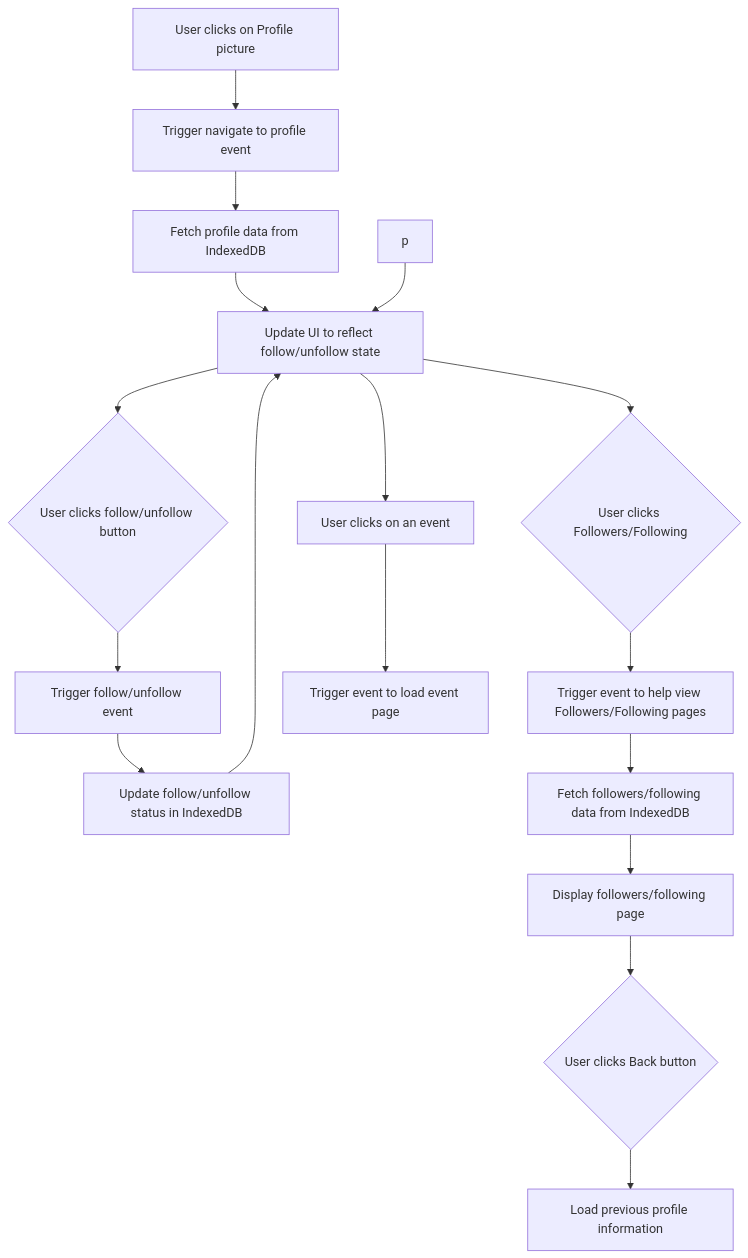
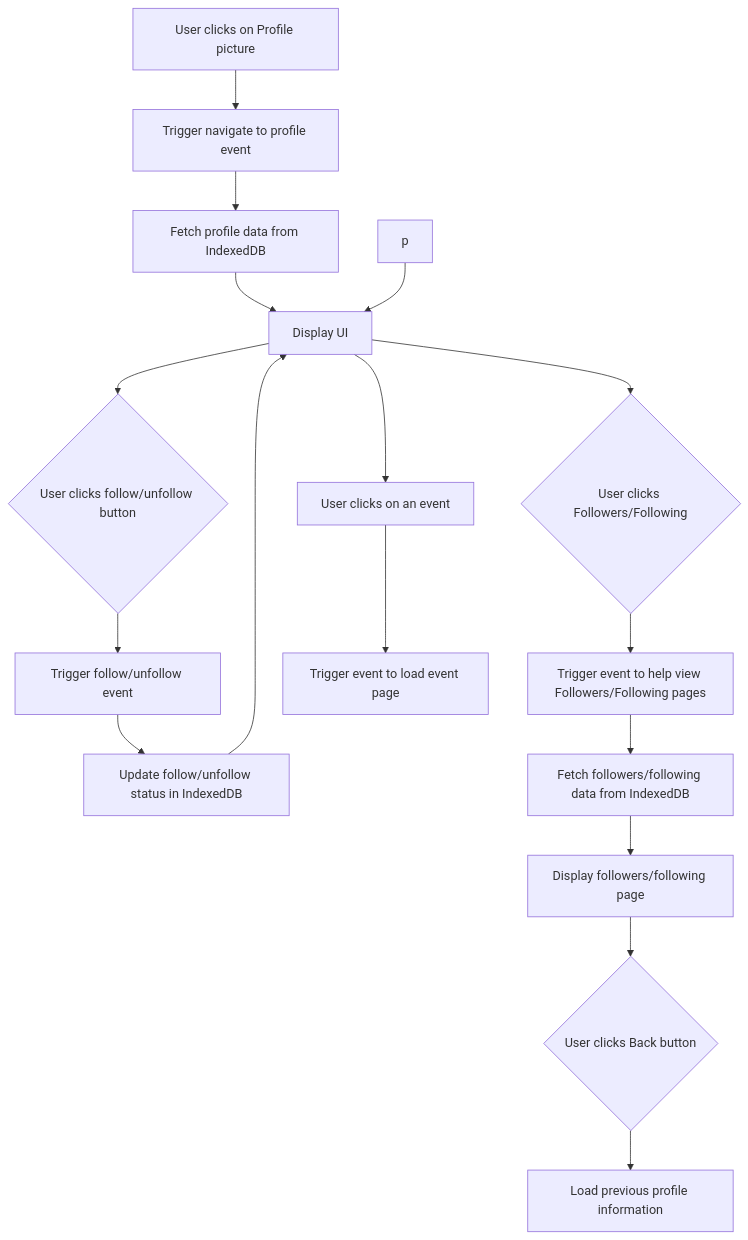
The diagram in team/m3/erika-lam-f/feature-sequence-diagram.md (sophiatangg/CS326Team26), drawn with Mermaid before and after one commit.

````diff
--- a/team/m3/erika-lam-f/feature-sequence-diagram.md
+++ b/team/m3/erika-lam-f/feature-sequence-diagram.md
@@ -3,22 +3,22 @@
 ```mermaid
 flowchart TD
     A[User clicks on Profile picture] --> B[Trigger navigate to profile event];
     B --> C[Fetch profile data from IndexedDB];
     C --> D[Update UI with profile information];
 
     D --> E{User clicks follow/unfollow button};
     E --> F[Trigger follow/unfollow event];
     F --> G[Update follow/unfollow status in IndexedDB];
     G --> D[Update UI to reflect follow/unfollow state];
 
     D --> I{User clicks Followers/Following};
     I --> J[Trigger event to help view Followers/Following pages];
     J --> K[Fetch followers/following data from IndexedDB];
     K --> L[Display followers/following page];
     L --> O{User clicks Back button};
     O --> P[Load previous profile information]
-    p --> D
+    p --> D[Display UI]
 
     D --> M[User clicks on an event];
     M --> N[Trigger event to load event page];
 ```
````
